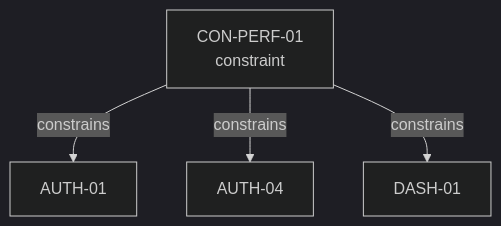
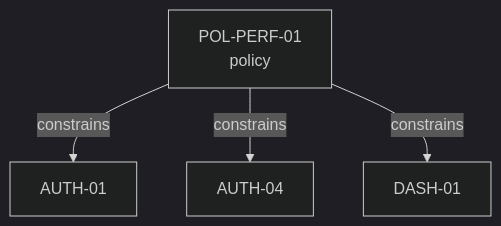
Before and after one commit to oco-adam/specgraph: the second of 3 diagrams in website/docs/graph/edge-types.md, drawn with Mermaid (dark theme). The commit also changed other lines of this file and 48 other files, not shown here.

First line of the commit message:
feat: rename invariant→constraints and constraint→policy

````diff
--- a/website/docs/graph/edge-types.md
+++ b/website/docs/graph/edge-types.md
@@ -119,6 +119,6 @@
 ```mermaid
 graph TD
-    C[CON-PERF-01<br/>constraint] -->|constrains| B1[AUTH-01]
-    C -->|constrains| B2[AUTH-04]
-    C -->|constrains| B3[DASH-01]
+    P[POL-PERF-01<br/>policy] -->|constrains| B1[AUTH-01]
+    P -->|constrains| B2[AUTH-04]
+    P -->|constrains| B3[DASH-01]
 ```
````
